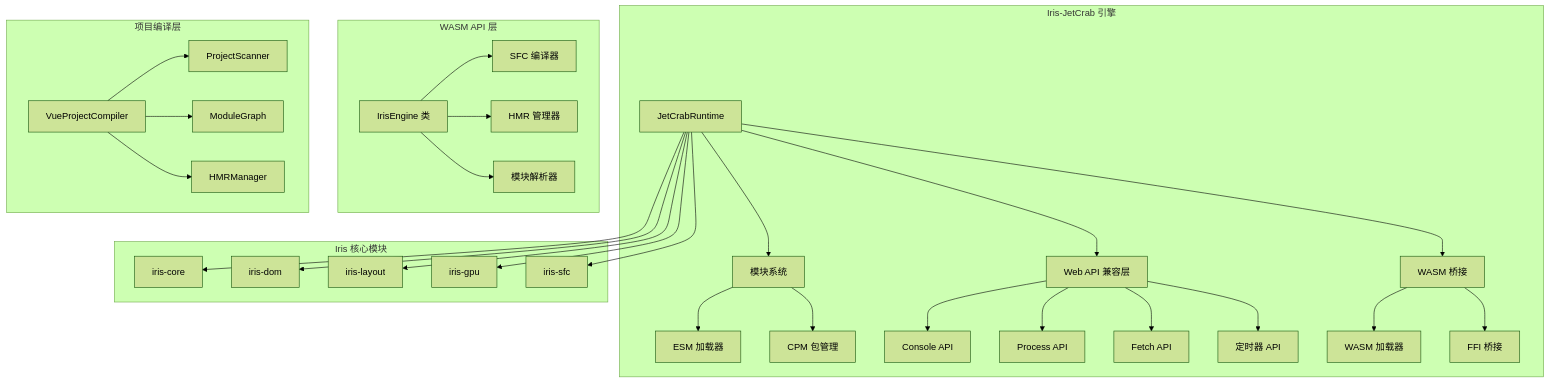
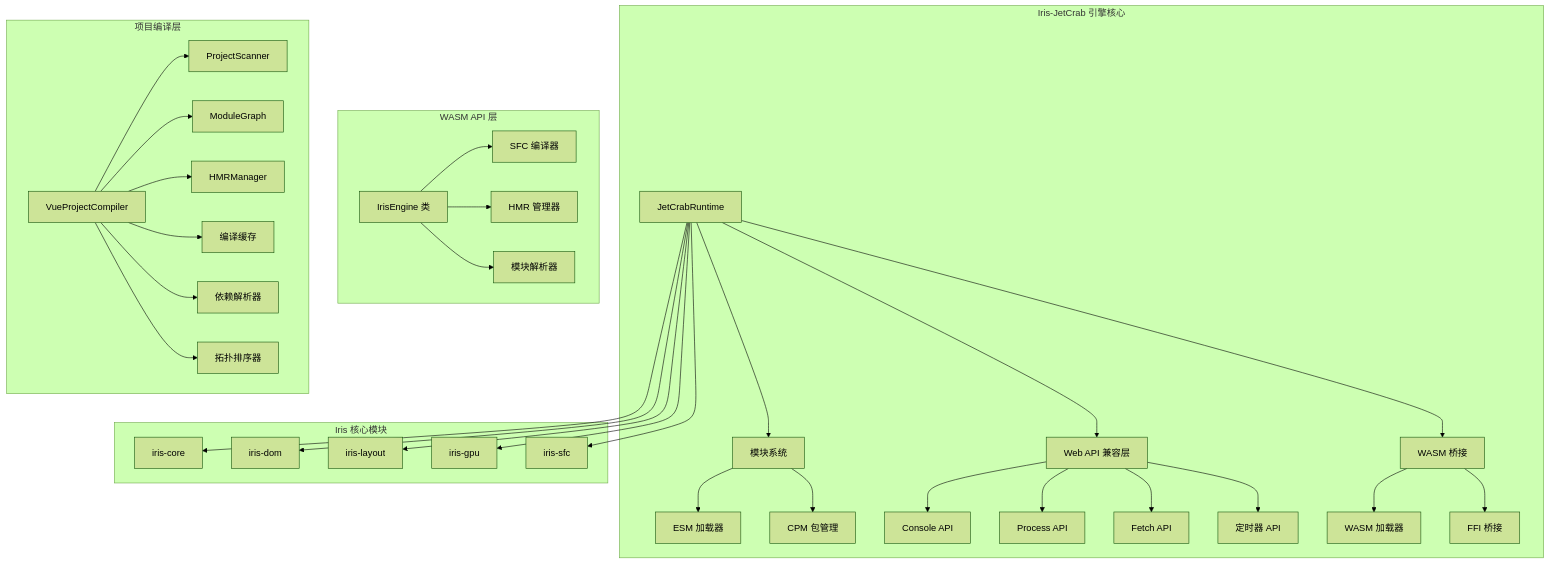
The first of 14 diagrams in .qoder/repowiki/zh/content/技术架构详解/JS沙箱运行时/Iris-JetCrab引擎/Iris-JetCrab引擎.md (itszzl-sudo/iris), drawn with Mermaid (forest theme) before and after one commit. The commit also changed other lines of this file and 23 other files, not shown here.

````diff
--- a/.qoder/repowiki/zh/content/技术架构详解/JS沙箱运行时/Iris-JetCrab引擎/Iris-JetCrab引擎.md
+++ b/.qoder/repowiki/zh/content/技术架构详解/JS沙箱运行时/Iris-JetCrab引擎/Iris-JetCrab引擎.md
@@ -63,46 +65,52 @@
 ```mermaid
 graph TB
-subgraph "Iris-JetCrab 引擎"
+subgraph "Iris-JetCrab 引擎核心"
 A[JetCrabRuntime] --> B[模块系统]
 A --> C[Web API 兼容层]
 A --> D[WASM 桥接]
 B --> B1[ESM 加载器]
 B --> B2[CPM 包管理]
 C --> C1[Console API]
 C --> C2[Process API]
 C --> C3[Fetch API]
 C --> C4[定时器 API]
 D --> D1[WASM 加载器]
 D --> D2[FFI 桥接]
 end
 subgraph "Iris 核心模块"
 E[iris-core]
 F[iris-dom]
 G[iris-layout]
 H[iris-gpu]
 I[iris-sfc]
 end
 subgraph "WASM API 层"
 J[IrisEngine 类]
 K[SFC 编译器]
 L[HMR 管理器]
 M[模块解析器]
 end
 subgraph "项目编译层"
 N[VueProjectCompiler]
 O[ProjectScanner]
 P[ModuleGraph]
 Q[HMRManager]
+R[编译缓存]
+S[依赖解析器]
+T[拓扑排序器]
 end
 A --> E
 A --> F
 A --> G
 A --> H
 A --> I
 J --> K
 J --> L
 J --> M
 N --> O
 N --> P
 N --> Q
+N --> R
+N --> S
+N --> T
 ```
````
